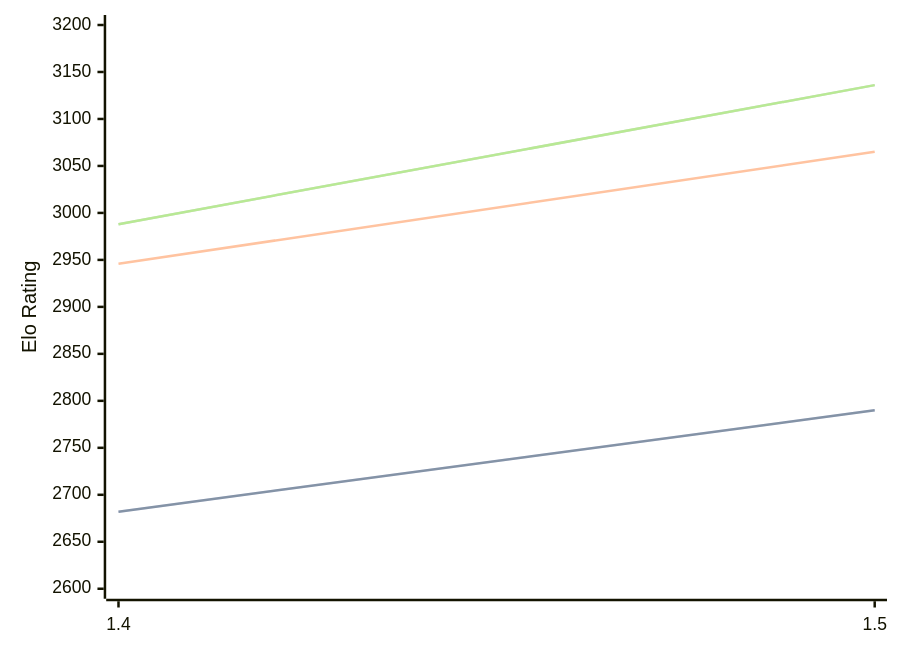
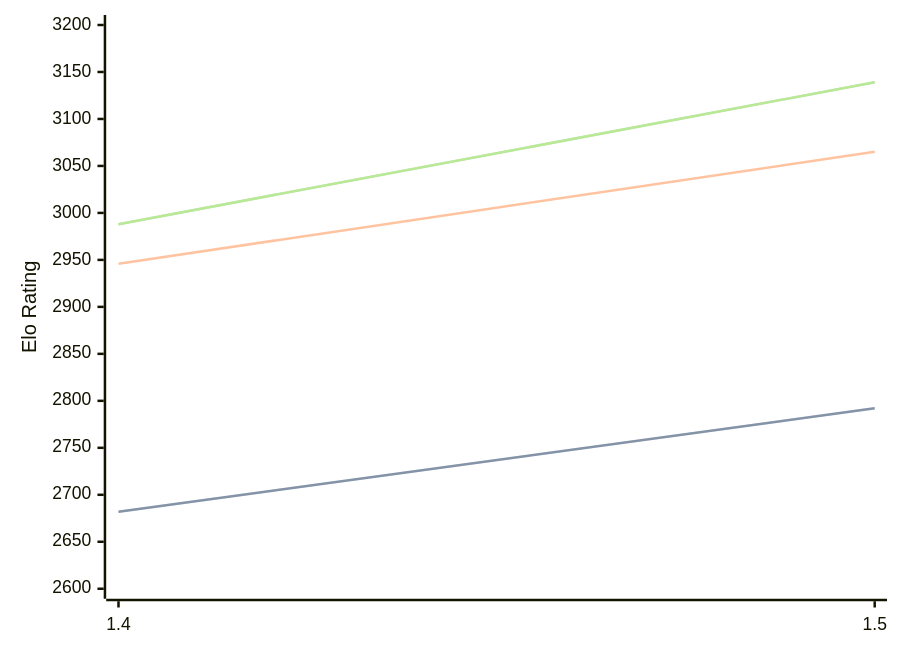
Before and after one commit to computer-chess-index/cci: the diagram in engines/Yakka.md, drawn with Mermaid. The commit also changed other lines of this file, not shown here.

Commit message:
Update CCI Ratings (ELO VLTC) - 2026-04-03

````diff
--- a/engines/Yakka.md
+++ b/engines/Yakka.md
@@ -36,11 +36,11 @@
 ```mermaid
 %%{init: {"theme":"base","themeVariables":{"seriesColors:['#a3a3a3','#222221','#faa371']}}}%%
 xychart-beta
   x-axis ["1.4", "1.5"]
   y-axis "Elo Rating" 2600 --> 3200
-  line "STC (8.0+0.08s)" [2682, 2790]
-  line "STC (8.0+0.08s)" [2682, 2790]
+  line "STC (8.0+0.08s)" [2682, 2792]
+  line "STC (8.0+0.08s)" [2682, 2792]
   line "LTC (60.0+0.60s)" [2946, 3065]
-  line "VLTC (2m24s+1.12s)" [2988, 3136]
-  line "VLTC (2m24s+1.12s)" [2988, 3136]
+  line "VLTC (2m24s+1.12s)" [2988, 3139]
+  line "VLTC (2m24s+1.12s)" [2988, 3139]
 ```
````
